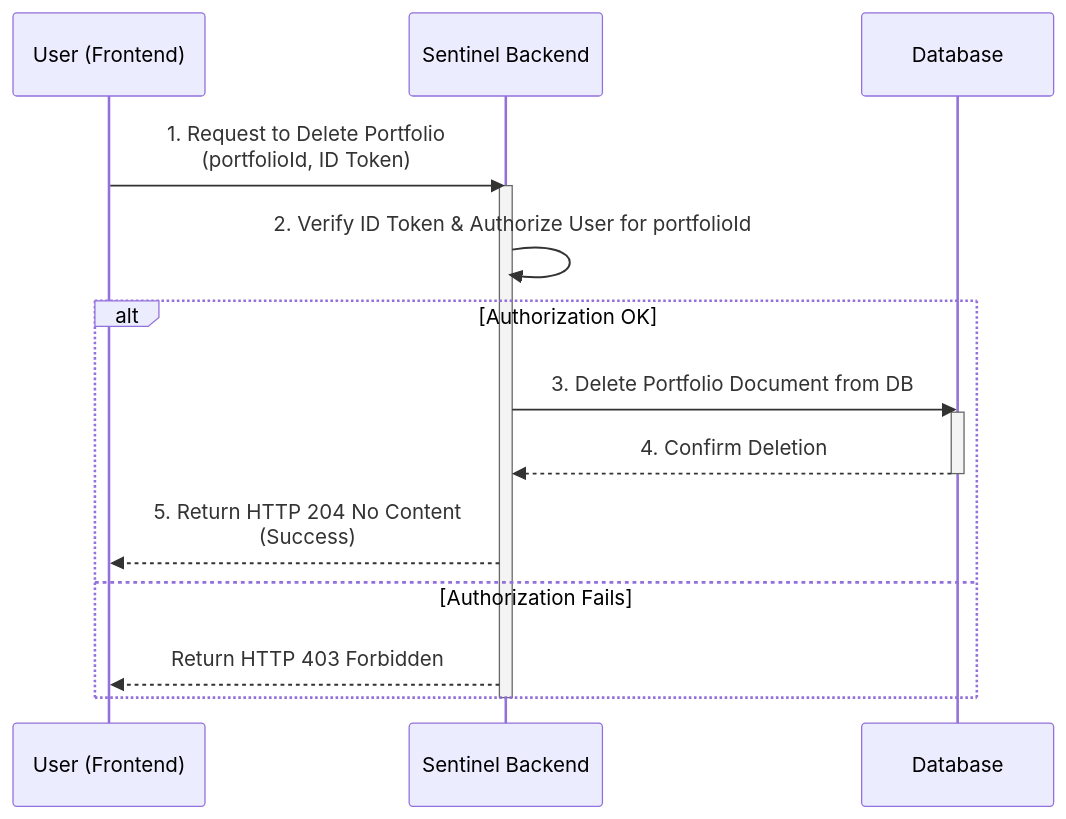
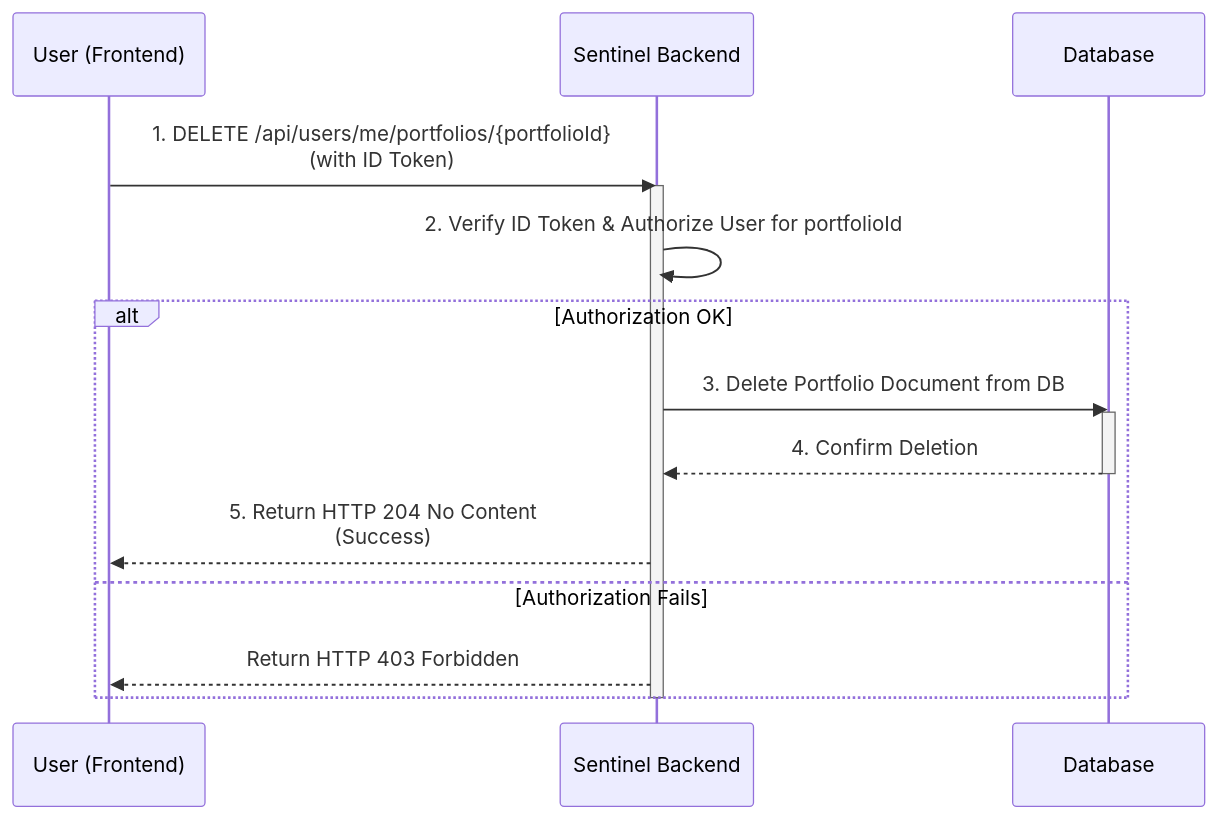
The seventh of 12 diagrams in product_spec.md (enzhao/Sentinel), drawn with Mermaid before and after one commit. The commit also changed other lines of this file, not shown here.

Commit message:
docs(spec): changed the handling of portfolio endpoints. #4

````diff
--- a/product_spec.md
+++ b/product_spec.md
@@ -487,21 +488,21 @@
 ```mermaid
 sequenceDiagram
     participant User as User (Frontend)
     participant Sentinel as Sentinel Backend
     participant DB as Database
 
-    User->>Sentinel: 1. Request to Delete Portfolio<br> (portfolioId, ID Token)
+    User->>Sentinel: 1. DELETE /api/users/me/portfolios/{portfolioId}<br> (with ID Token)
     activate Sentinel
     Sentinel->>Sentinel: 2. Verify ID Token & Authorize User for portfolioId
     
     alt Authorization OK
         Sentinel->>DB: 3. Delete Portfolio Document from DB
         activate DB
         DB-->>Sentinel: 4. Confirm Deletion
         deactivate DB
         Sentinel-->>User: 5. Return HTTP 204 No Content<br> (Success)
     else Authorization Fails
         Sentinel-->>User: Return HTTP 403 Forbidden
     end
     deactivate Sentinel
 ``` 
````
